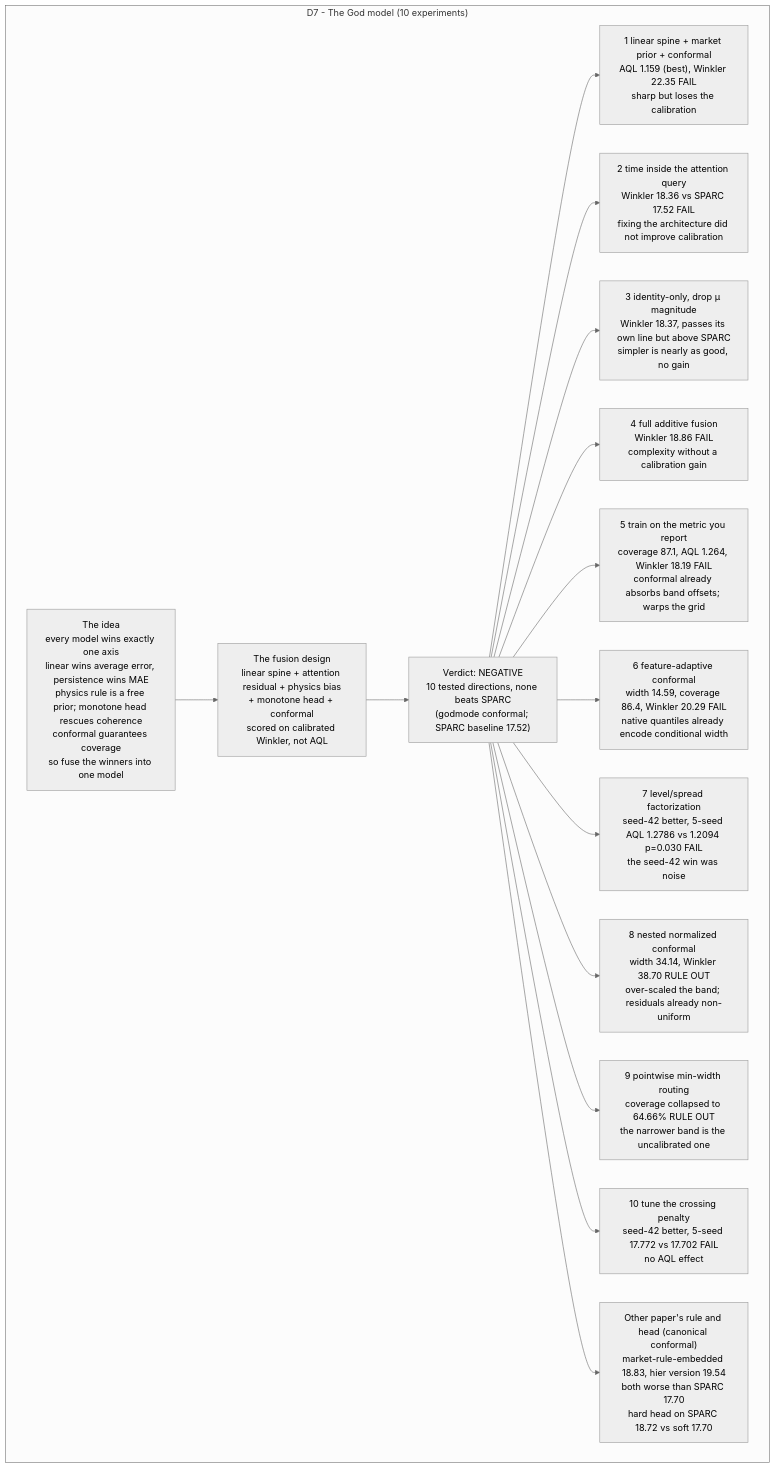
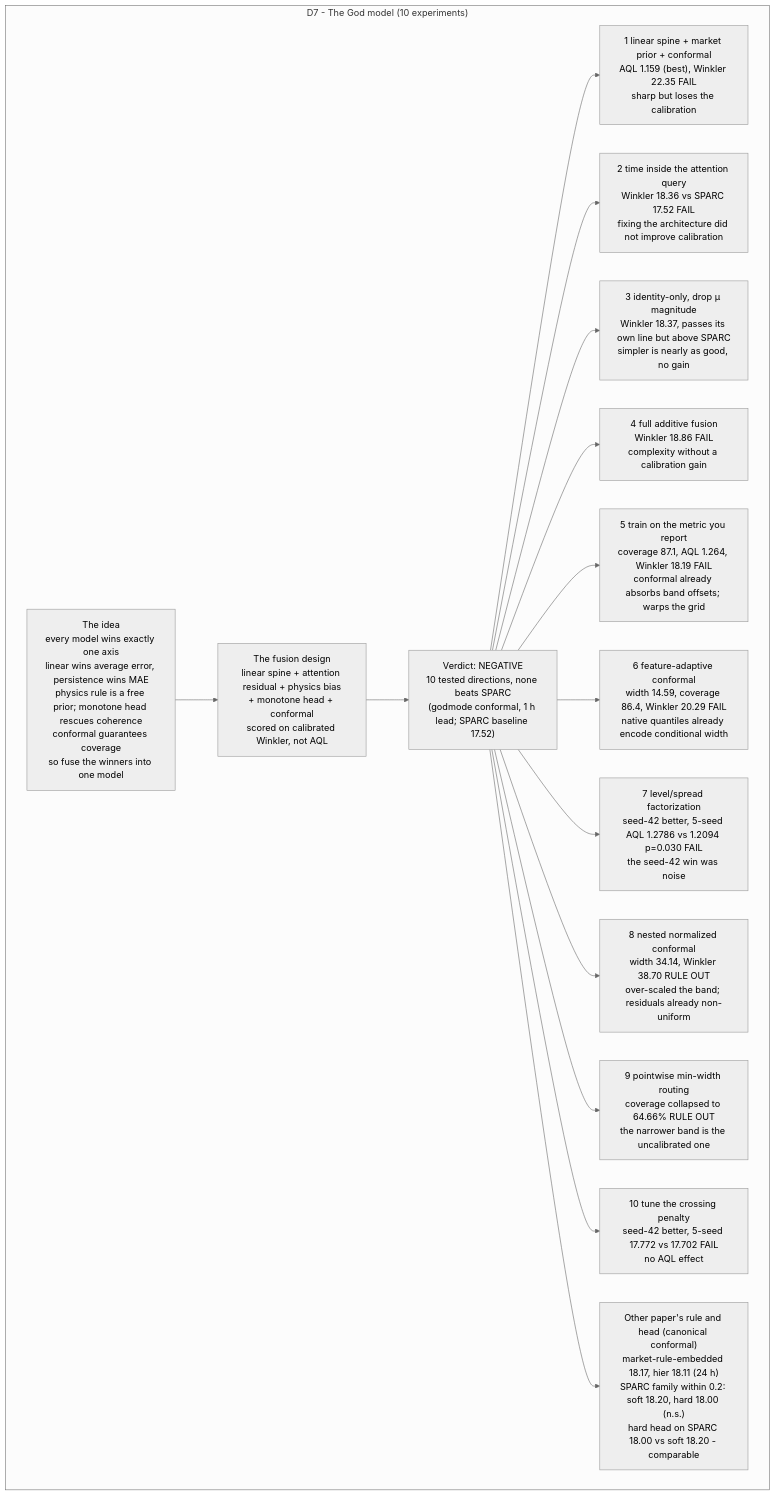
Before and after one commit to L1ZLe/ercot-casp-paper: the diagram in docs/explanation/07-sparc-full-08-G_D7.mmd, drawn with Mermaid (neutral theme). The commit also changed 41 other files, not shown here.

```diff
--- a/docs/explanation/07-sparc-full-08-G_D7.mmd
+++ b/docs/explanation/07-sparc-full-08-G_D7.mmd
@@ -1,16 +1,16 @@
 flowchart TD
 subgraph G_D7["D7 - The God model (10 experiments)"]
     IDEA["The idea<br/>every model wins exactly one axis<br/>linear wins average error, persistence wins MAE<br/>physics rule is a free prior; monotone head rescues coherence<br/>conformal guarantees coverage<br/>so fuse the winners into one model"] --> ARCH["The fusion design<br/>linear spine + attention residual + physics bias<br/>+ monotone head + conformal<br/>scored on calibrated Winkler, not AQL"]
-    ARCH --> VERDICT["Verdict: NEGATIVE<br/>10 tested directions, none beats SPARC<br/>(godmode conformal; SPARC baseline 17.52)"]
+    ARCH --> VERDICT["Verdict: NEGATIVE<br/>10 tested directions, none beats SPARC<br/>(godmode conformal, 1 h lead; SPARC baseline 17.52)"]
     VERDICT --> E1["1 linear spine + market prior + conformal<br/>AQL 1.159 (best), Winkler 22.35 FAIL<br/>sharp but loses the calibration"]
     VERDICT --> E2["2 time inside the attention query<br/>Winkler 18.36 vs SPARC 17.52 FAIL<br/>fixing the architecture did not improve calibration"]
     VERDICT --> E3["3 identity-only, drop μ magnitude<br/>Winkler 18.37, passes its own line but above SPARC<br/>simpler is nearly as good, no gain"]
     VERDICT --> E4["4 full additive fusion<br/>Winkler 18.86 FAIL<br/>complexity without a calibration gain"]
     VERDICT --> E5["5 train on the metric you report<br/>coverage 87.1, AQL 1.264, Winkler 18.19 FAIL<br/>conformal already absorbs band offsets; warps the grid"]
     VERDICT --> E6["6 feature-adaptive conformal<br/>width 14.59, coverage 86.4, Winkler 20.29 FAIL<br/>native quantiles already encode conditional width"]
     VERDICT --> E7["7 level/spread factorization<br/>seed-42 better, 5-seed AQL 1.2786 vs 1.2094 p=0.030 FAIL<br/>the seed-42 win was noise"]
     VERDICT --> E8["8 nested normalized conformal<br/>width 34.14, Winkler 38.70 RULE OUT<br/>over-scaled the band; residuals already non-uniform"]
     VERDICT --> E9["9 pointwise min-width routing<br/>coverage collapsed to 64.66% RULE OUT<br/>the narrower band is the uncalibrated one"]
     VERDICT --> E10["10 tune the crossing penalty<br/>seed-42 better, 5-seed 17.772 vs 17.702 FAIL<br/>no AQL effect"]
-    VERDICT --> OTHERS7["Other paper's rule and head (canonical conformal)<br/>market-rule-embedded 18.83, hier version 19.54<br/>both worse than SPARC 17.70<br/>hard head on SPARC 18.72 vs soft 17.70"]
+    VERDICT --> OTHERS7["Other paper's rule and head (canonical conformal)<br/>market-rule-embedded 18.17, hier 18.11 (24 h)<br/>SPARC family within 0.2: soft 18.20, hard 18.00 (n.s.)<br/>hard head on SPARC 18.00 vs soft 18.20 - comparable"]
   end
```
